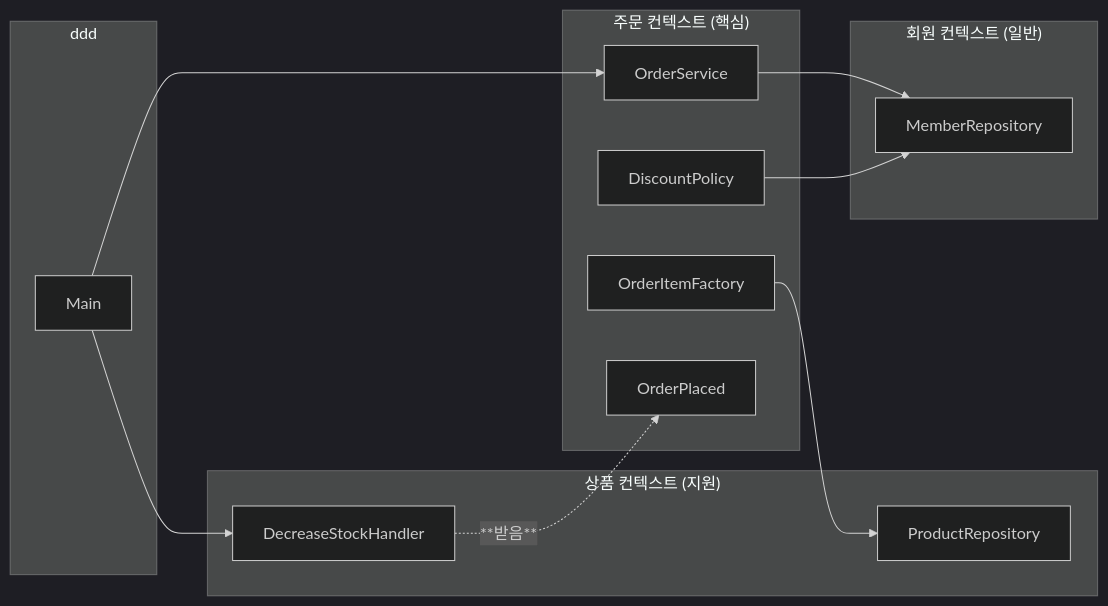
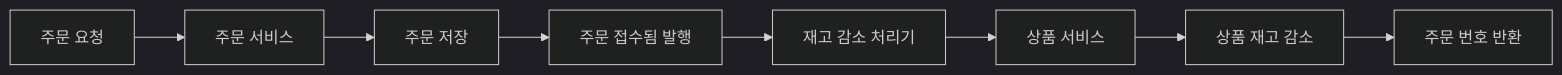
The diagram in .projectcode/chapters/bounded-contexts/diagrams/flow.md (busan-bank-2026/ddd-example), drawn with Mermaid (dark theme) before and after one commit. The commit also changed other lines of this file and 20 other files, not shown here.

````diff
--- a/.projectcode/chapters/bounded-contexts/diagrams/flow.md
+++ b/.projectcode/chapters/bounded-contexts/diagrams/flow.md
@@ -3,25 +3,10 @@
 ```mermaid
 flowchart LR
-  subgraph main [ddd]
-    M[Main]
-  end
-  subgraph order ["주문 컨텍스트 (핵심)"]
-    S[OrderService]
-    F[OrderItemFactory]
-    P[DiscountPolicy]
-    E[OrderPlaced]
-  end
-  subgraph catalog ["상품 컨텍스트 (지원)"]
-    H[DecreaseStockHandler]
-    R[ProductRepository]
-  end
-  subgraph member ["회원 컨텍스트 (일반)"]
-    B[MemberRepository]
-  end
-  M --> S
-  M --> H
-  F --> R
-  P --> B
-  S --> B
-  H -. **받음** .-> E
+  A[주문 요청] --> B[주문 서비스]
+  B --> C[주문 저장]
+  C --> D[주문 접수됨 발행]
+  D --> E[재고 감소 처리기]
+  E --> F[상품 서비스]
+  F --> G[상품 재고 감소]
+  G --> H[주문 번호 반환]
 ```
````
